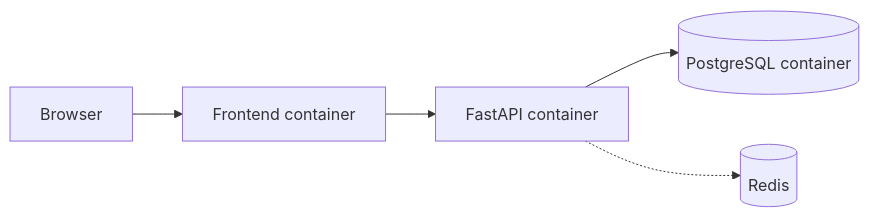
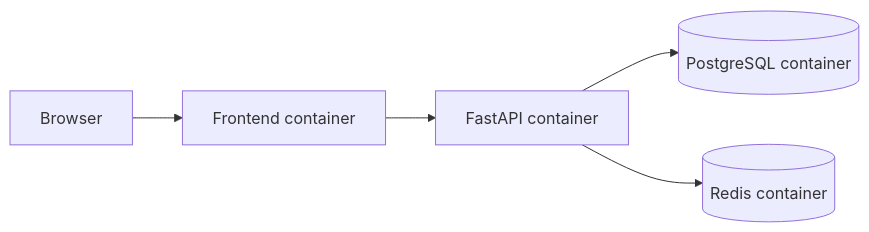
Before and after one commit to NoHaitch/AI-Powered-Service-Desk: the diagram in README.md, drawn with Mermaid. The commit also changed other lines of this file and 38 other files, not shown here.

````diff
--- a/README.md
+++ b/README.md
@@ -53,7 +55,7 @@
 ```mermaid
 flowchart LR
     Browser --> Frontend[Frontend container]
     Frontend --> API[FastAPI container]
     API --> DB[(PostgreSQL container)]
-    API -.-> Redis[(Redis)]
+    API --> Redis[(Redis container)]
 ```
````
